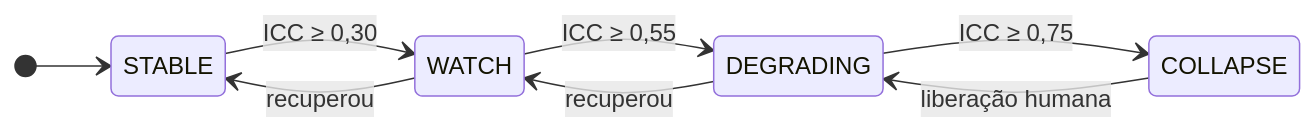
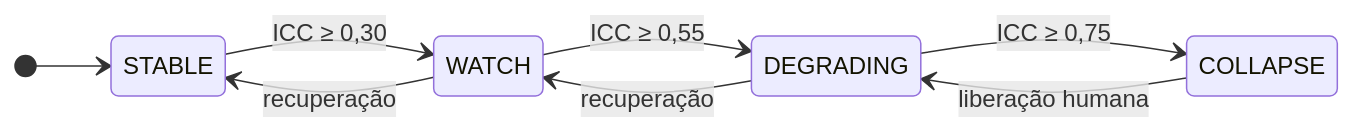
One commit to Apoloundifinied/Oxty-control-agent changed the third of 5 diagrams in README.md. Above: the diagram before and after it, drawn with Mermaid. The commit also changed other lines of this file, not shown here.

````diff
--- a/README.md
+++ b/README.md
@@ -137,11 +119,11 @@
 ```mermaid
 stateDiagram-v2
     direction LR
     [*] --> STABLE
     STABLE --> WATCH: ICC ≥ 0,30
     WATCH --> DEGRADING: ICC ≥ 0,55
     DEGRADING --> COLLAPSE: ICC ≥ 0,75
     COLLAPSE --> DEGRADING: liberação humana
-    DEGRADING --> WATCH: recuperou
-    WATCH --> STABLE: recuperou
+    DEGRADING --> WATCH: recuperação
+    WATCH --> STABLE: recuperação
 ```
````
